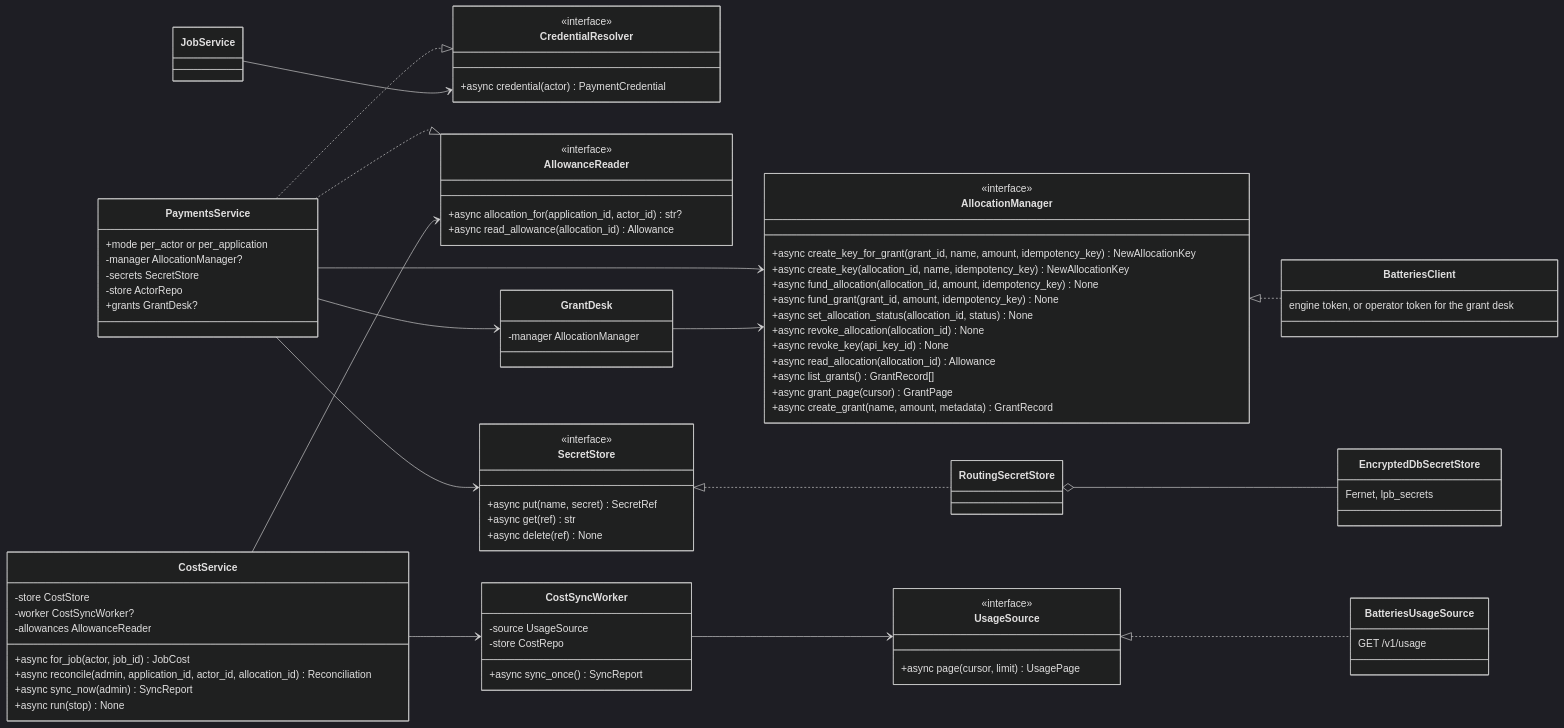
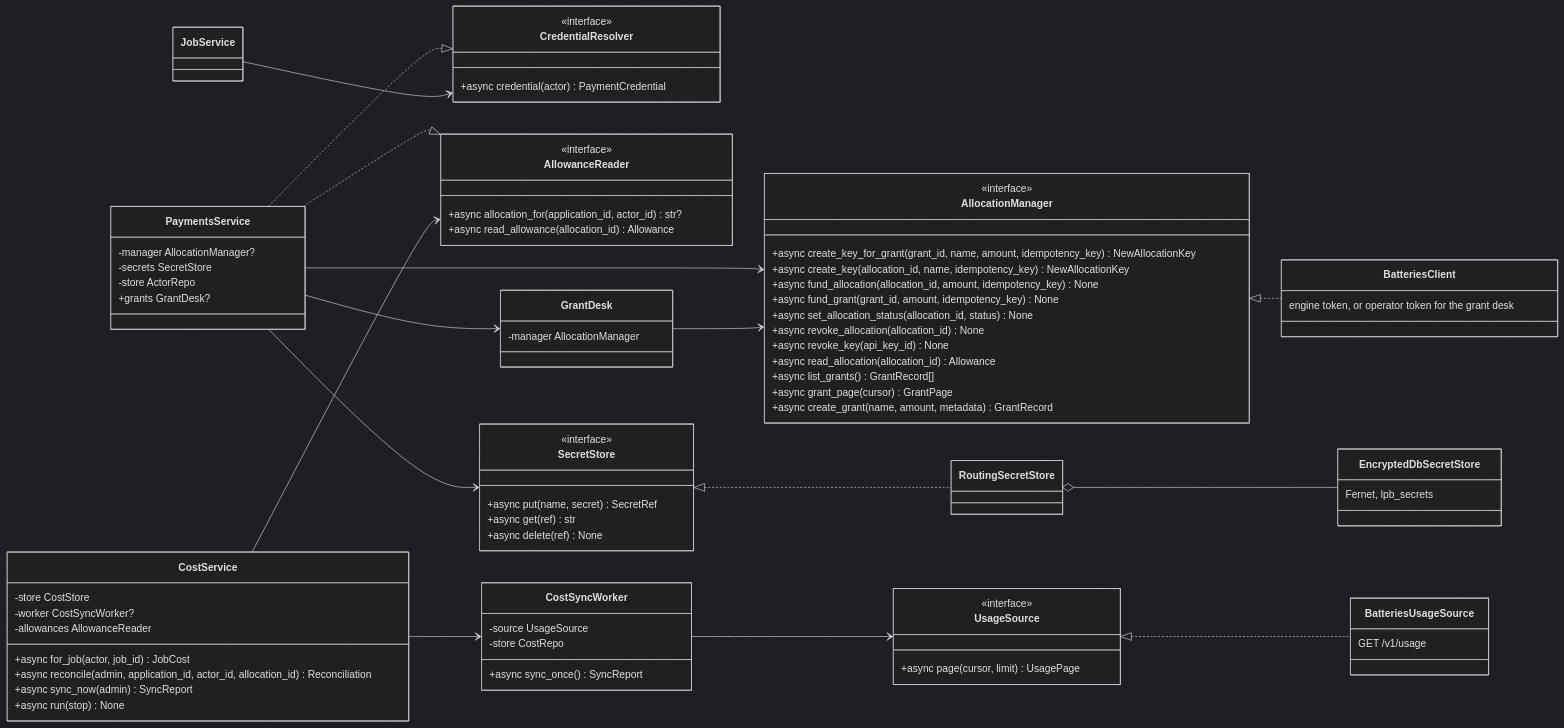
The fifth of 16 diagrams in docs/design-docs/interfaces-and-http-servers.md (NE-Build-Track/livepeer-builder-core), drawn with Mermaid (dark theme) before and after one commit. The commit also changed 16 other files, not shown here.

First line of the commit message:
docs(payments): per_actor is the only allocation mode, and the second configuration is the clearinghouse (#162)

```diff
--- a/docs/design-docs/interfaces-and-http-servers.md
+++ b/docs/design-docs/interfaces-and-http-servers.md
@@ -372,7 +372,6 @@
         +async delete(ref) None
     }
     class PaymentsService {
-        +mode per_actor or per_application
         -manager AllocationManager?
         -secrets SecretStore
         -store ActorRepo
```
